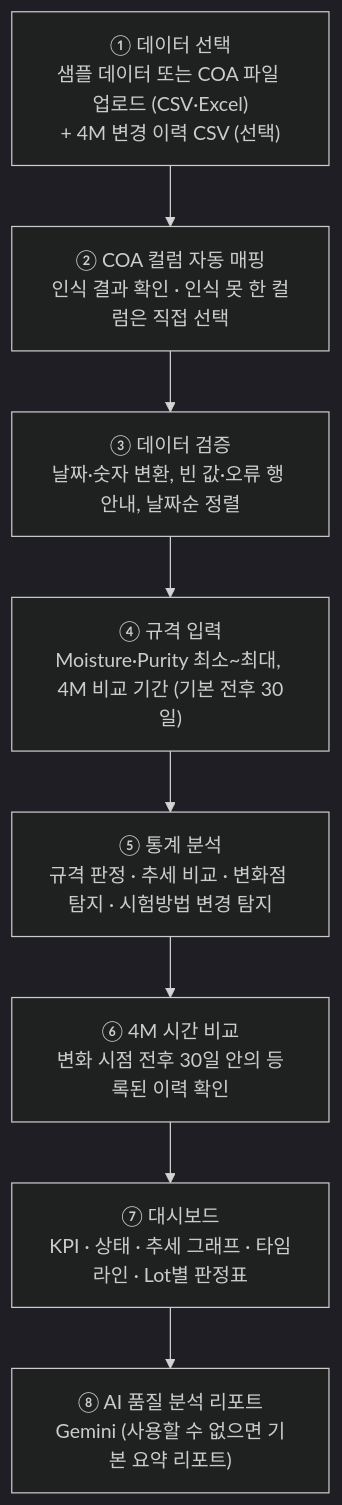
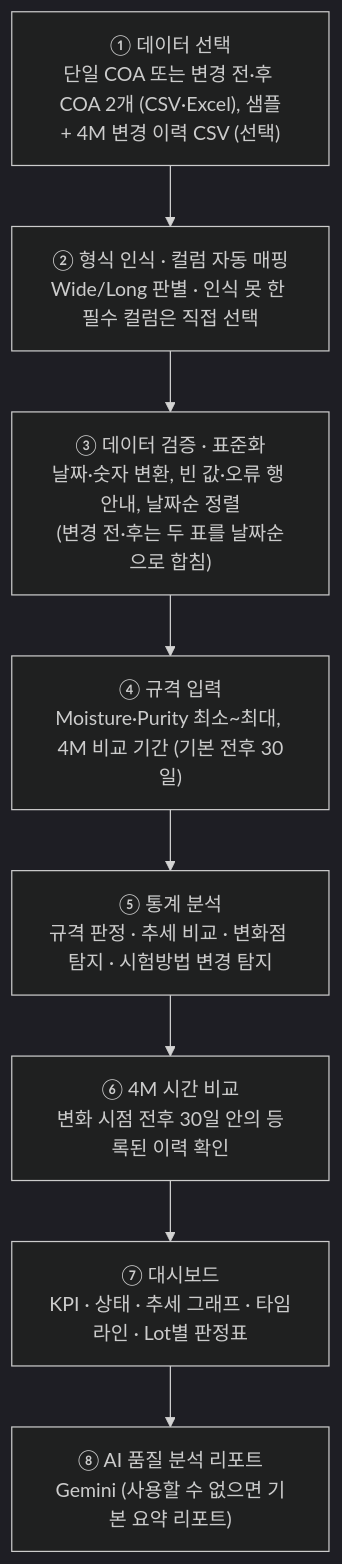
One commit to iamnothuman440/lotwatch-ai changed the first of 2 diagrams in README.md. Above: the diagram before and after it, drawn with Mermaid (dark theme). The commit also changed other lines of this file and 9 other files, not shown here.

````diff
--- a/README.md
+++ b/README.md
@@ -61,10 +64,10 @@
 ```mermaid
 flowchart TD
-    A["① 데이터 선택<br/>샘플 데이터 또는 COA 파일 업로드 (CSV·Excel)<br/>+ 4M 변경 이력 CSV (선택)"] --> B["② COA 컬럼 자동 매핑<br/>인식 결과 확인 · 인식 못 한 컬럼은 직접 선택"]
-    B --> C["③ 데이터 검증<br/>날짜·숫자 변환, 빈 값·오류 행 안내, 날짜순 정렬"]
+    A["① 데이터 선택<br/>단일 COA 또는 변경 전·후 COA 2개 (CSV·Excel), 샘플<br/>+ 4M 변경 이력 CSV (선택)"] --> B["② 형식 인식 · 컬럼 자동 매핑<br/>Wide/Long 판별 · 인식 못 한 필수 컬럼은 직접 선택"]
+    B --> C["③ 데이터 검증 · 표준화<br/>날짜·숫자 변환, 빈 값·오류 행 안내, 날짜순 정렬<br/>(변경 전·후는 두 표를 날짜순으로 합침)"]
     C --> D["④ 규격 입력<br/>Moisture·Purity 최소~최대, 4M 비교 기간 (기본 전후 30일)"]
     D --> E["⑤ 통계 분석<br/>규격 판정 · 추세 비교 · 변화점 탐지 · 시험방법 변경 탐지"]
     E --> F["⑥ 4M 시간 비교<br/>변화 시점 전후 30일 안의 등록된 이력 확인"]
     F --> G["⑦ 대시보드<br/>KPI · 상태 · 추세 그래프 · 타임라인 · Lot별 판정표"]
     G --> H["⑧ AI 품질 분석 리포트<br/>Gemini (사용할 수 없으면 기본 요약 리포트)"]
 ```
````
